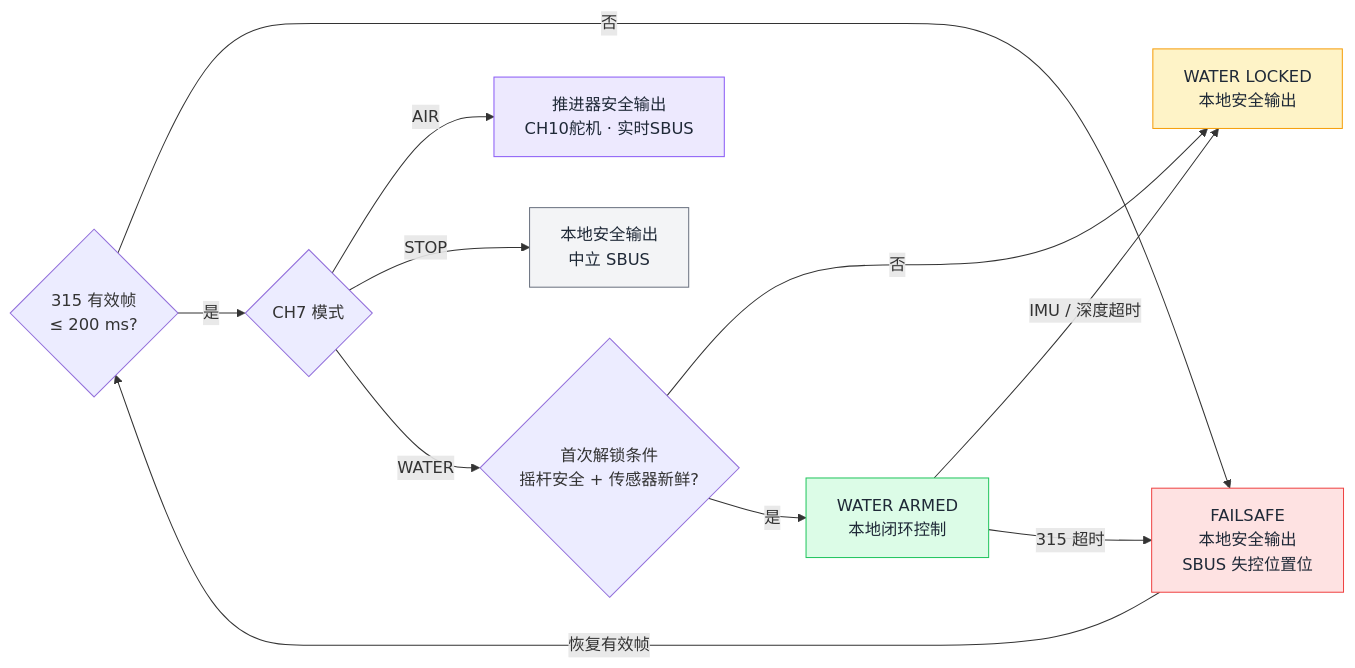
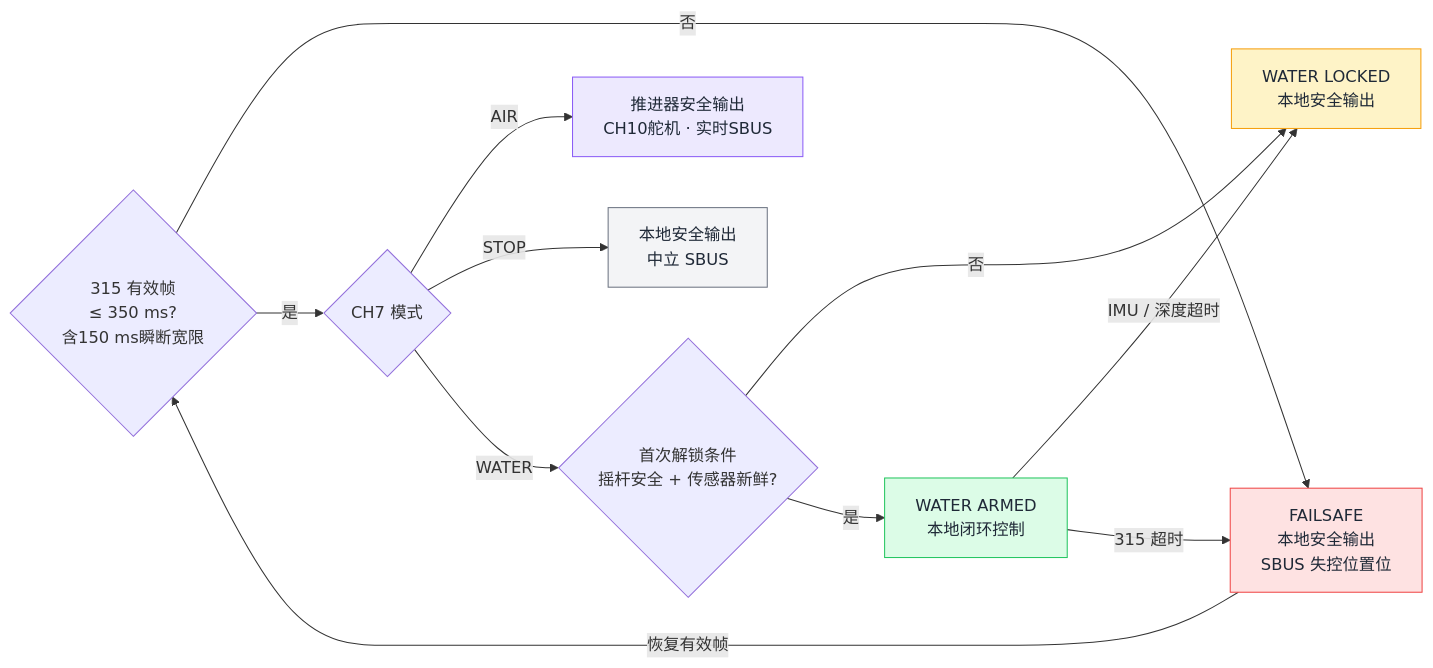
Before and after one commit to JIN-FZCH/Hmini_315: the second of 2 diagrams in README.md, drawn with Mermaid. The commit also changed other lines of this file and 6 other files, not shown here.

````diff
--- a/README.md
+++ b/README.md
@@ -131,20 +132,20 @@
 ```mermaid
 flowchart LR
-    R{"315 有效帧<br/>≤ 200 ms?"}
+    R{"315 有效帧<br/>≤ 350 ms?<br/>含150 ms瞬断宽限"}
     R -->|"否"| F["FAILSAFE<br/>本地安全输出<br/>SBUS 失控位置位"]
     R -->|"是"| M{"CH7 模式"}
     M -->|"AIR"| A["推进器安全输出<br/>CH10舵机 · 实时SBUS"]
     M -->|"STOP"| S["本地安全输出<br/>中立 SBUS"]
     M -->|"WATER"| G{"首次解锁条件<br/>摇杆安全 + 传感器新鲜?"}
     G -->|"否"| WL["WATER LOCKED<br/>本地安全输出"]
     G -->|"是"| WA["WATER ARMED<br/>本地闭环控制"]
     WA -->|"IMU / 深度超时"| WL
     WA -->|"315 超时"| F
     F -->|"恢复有效帧"| R
 
     style F fill:#fee2e2,stroke:#ef4444,color:#1f2937
     style A fill:#ede9fe,stroke:#8b5cf6,color:#1f2937
     style S fill:#f3f4f6,stroke:#6b7280,color:#1f2937
     style WL fill:#fef3c7,stroke:#f59e0b,color:#1f2937
     style WA fill:#dcfce7,stroke:#22c55e,color:#1f2937
 ```
````
